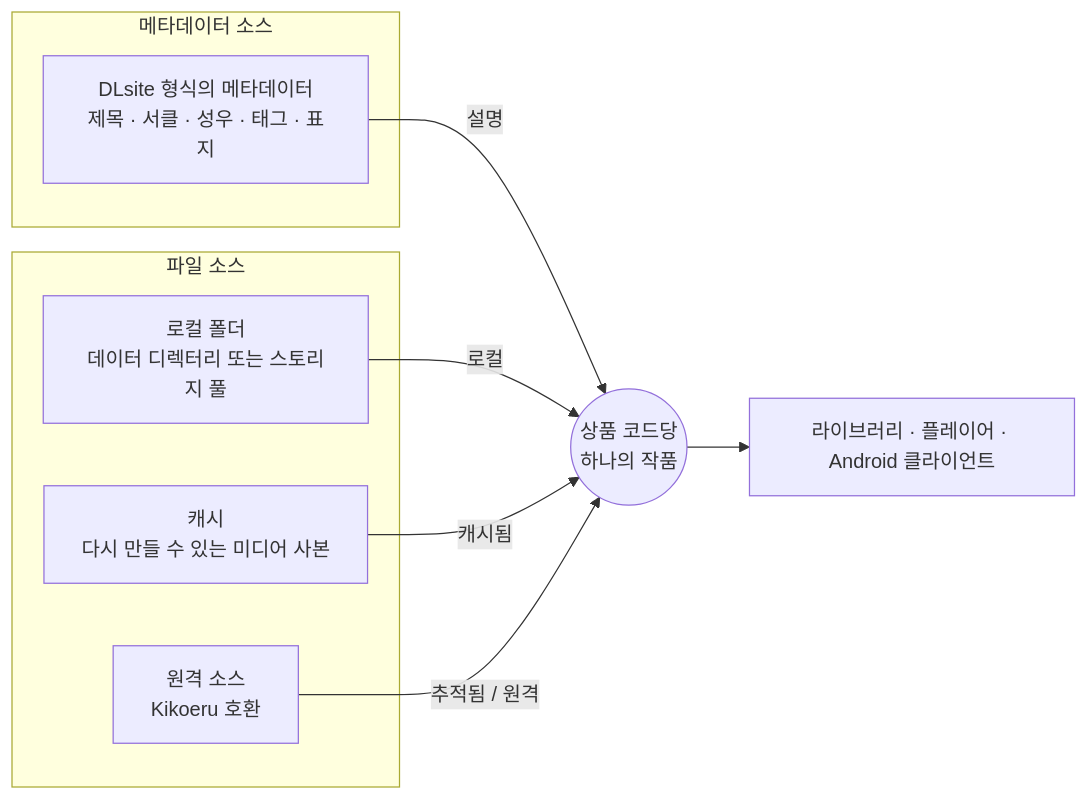
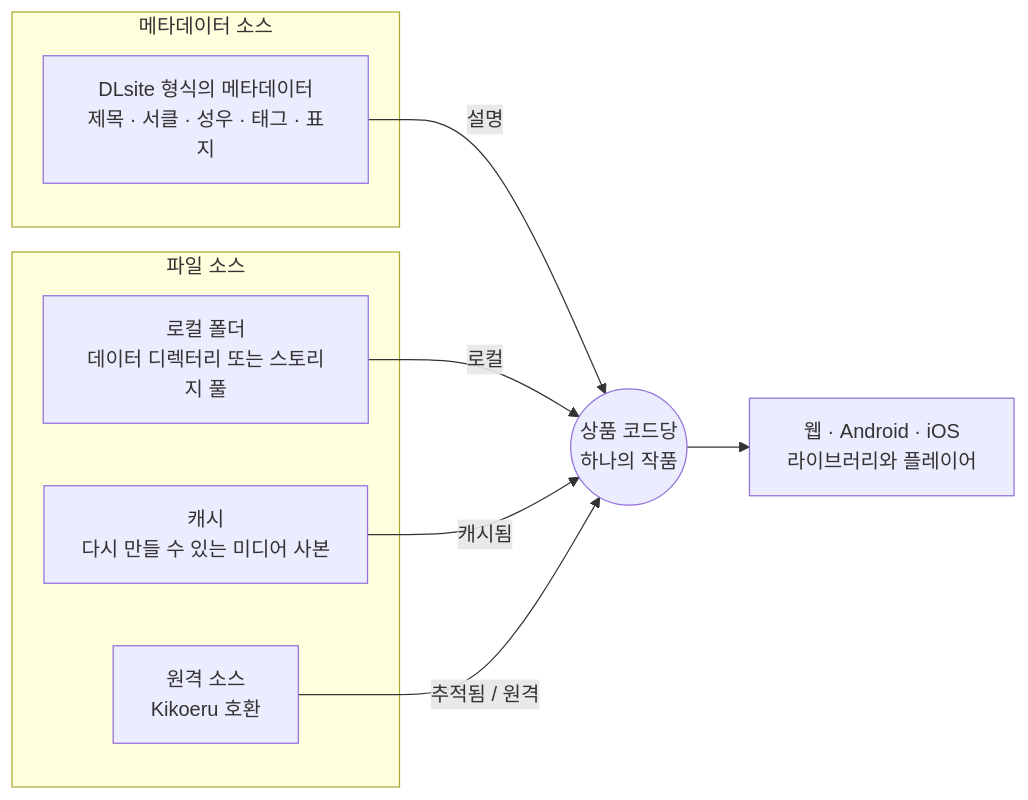
Before and after one commit to yexca/kikoto: the diagram in docs/readme/README.ko.md, drawn with Mermaid. The commit also changed other lines of this file and 5 other files, not shown here.

````diff
--- a/docs/readme/README.ko.md
+++ b/docs/readme/README.ko.md
@@ -92,18 +116,18 @@
 ```mermaid
 flowchart LR
   subgraph Metadata["메타데이터 소스"]
     MD["DLsite 형식의 메타데이터<br/>제목 · 서클 · 성우 · 태그 · 표지"]
   end
 
   subgraph Files["파일 소스"]
     LF["로컬 폴더<br/>데이터 디렉터리 또는 스토리지 풀"]
     CA["캐시<br/>다시 만들 수 있는 미디어 사본"]
     RS["원격 소스<br/>Kikoeru 호환"]
   end
 
   MD -- 설명 --> W(("상품 코드당<br/>하나의 작품"))
   LF -- 로컬 --> W
   CA -- 캐시됨 --> W
   RS -- "추적됨 / 원격" --> W
-  W --> UI["라이브러리 · 플레이어 · Android 클라이언트"]
+  W --> UI["웹 · Android · iOS<br/>라이브러리와 플레이어"]
 ```
````
